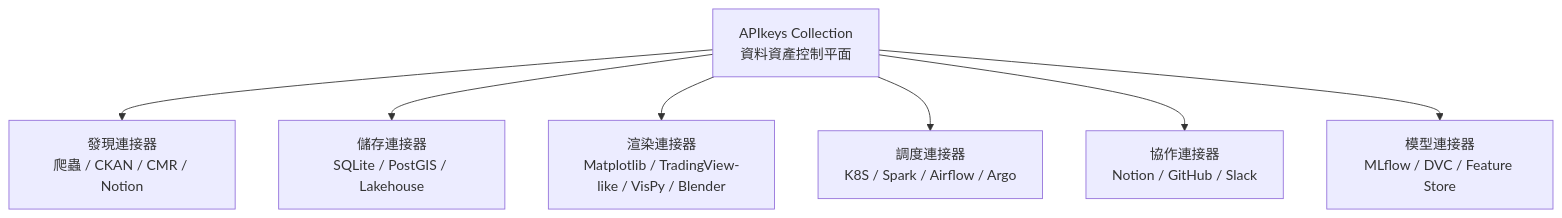
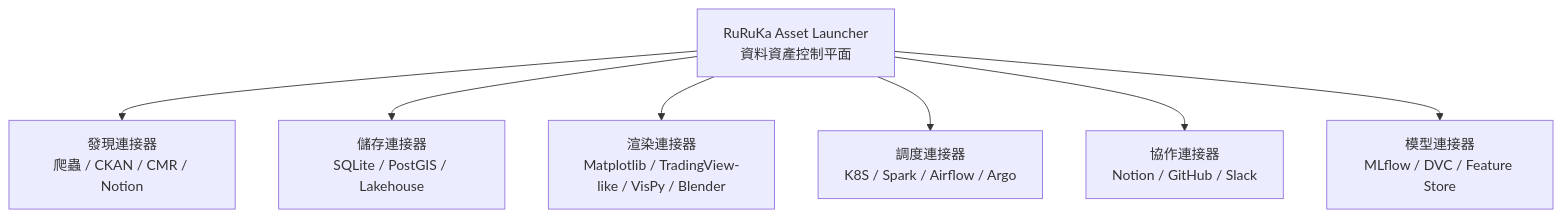
The sixth of 7 diagrams in docs/DATA_ASSET_PLATFORM_CONCEPTS.zh-TW.md (YanAnnLu/APIkeys_collection), drawn with Mermaid before and after one commit. The commit also changed other lines of this file and 22 other files, not shown here.

Commit message:
Brand as RuRuKa Asset Launcher

````diff
--- a/docs/DATA_ASSET_PLATFORM_CONCEPTS.zh-TW.md
+++ b/docs/DATA_ASSET_PLATFORM_CONCEPTS.zh-TW.md
@@ -858,10 +858,10 @@
 ```mermaid
 flowchart TB
-    Core[APIkeys Collection<br/>資料資產控制平面]
+    Core[RuRuKa Asset Launcher<br/>資料資產控制平面]
     Core --> D[發現連接器<br/>爬蟲 / CKAN / CMR / Notion]
     Core --> S[儲存連接器<br/>SQLite / PostGIS / Lakehouse]
     Core --> R[渲染連接器<br/>Matplotlib / TradingView-like / VisPy / Blender]
     Core --> C[調度連接器<br/>K8S / Spark / Airflow / Argo]
     Core --> W[協作連接器<br/>Notion / GitHub / Slack]
     Core --> M[模型連接器<br/>MLflow / DVC / Feature Store]
 ```
````
